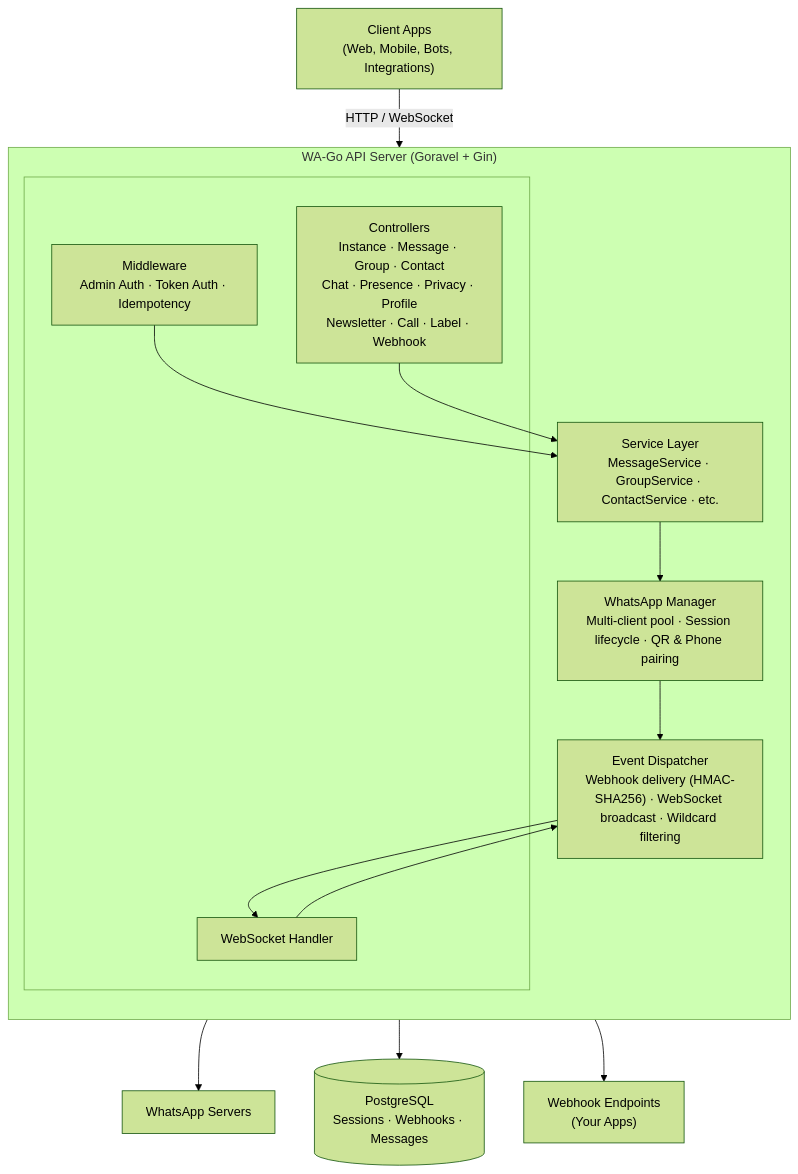
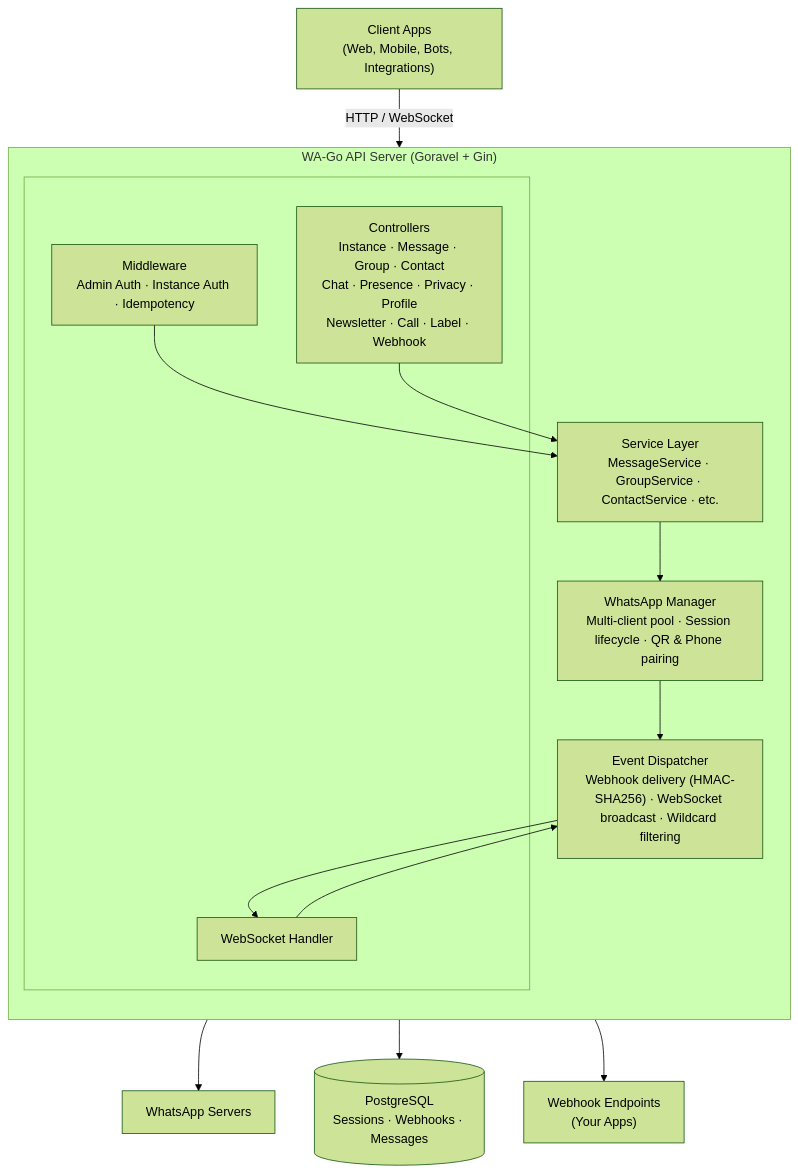
Before and after one commit to yeimar-projects/wa-go: the diagram in README.md, drawn with Mermaid (forest theme). The commit also changed other lines of this file, not shown here.

````diff
--- a/README.md
+++ b/README.md
@@ -44,33 +65,33 @@
 ```mermaid
 graph TD
     Client["Client Apps<br/>(Web, Mobile, Bots, Integrations)"]
 
     subgraph API["WA-Go API Server (Goravel + Gin)"]
         direction TB
 
         subgraph Layer1[" "]
-            MW["Middleware<br/>Admin Auth · Token Auth · Idempotency"]
+            MW["Middleware<br/>Admin Auth · Instance Auth · Idempotency"]
             CTRL["Controllers<br/>Instance · Message · Group · Contact<br/>Chat · Presence · Privacy · Profile<br/>Newsletter · Call · Label · Webhook"]
             WS["WebSocket Handler"]
         end
 
         SVC["Service Layer<br/>MessageService · GroupService · ContactService · etc."]
         MGR["WhatsApp Manager<br/>Multi-client pool · Session lifecycle · QR & Phone pairing"]
         EVT["Event Dispatcher<br/>Webhook delivery (HMAC-SHA256) · WebSocket broadcast · Wildcard filtering"]
     end
 
     DB[("PostgreSQL<br/>Sessions · Webhooks · Messages")]
     WA["WhatsApp Servers"]
     HOOK["Webhook Endpoints<br/>(Your Apps)"]
 
     Client -->|HTTP / WebSocket| API
     MW --> SVC
     CTRL --> SVC
     WS --> EVT
     SVC --> MGR
     MGR --> EVT
     MGR --> WA
     MGR --> DB
     EVT --> HOOK
     EVT --> WS
 ```
````
